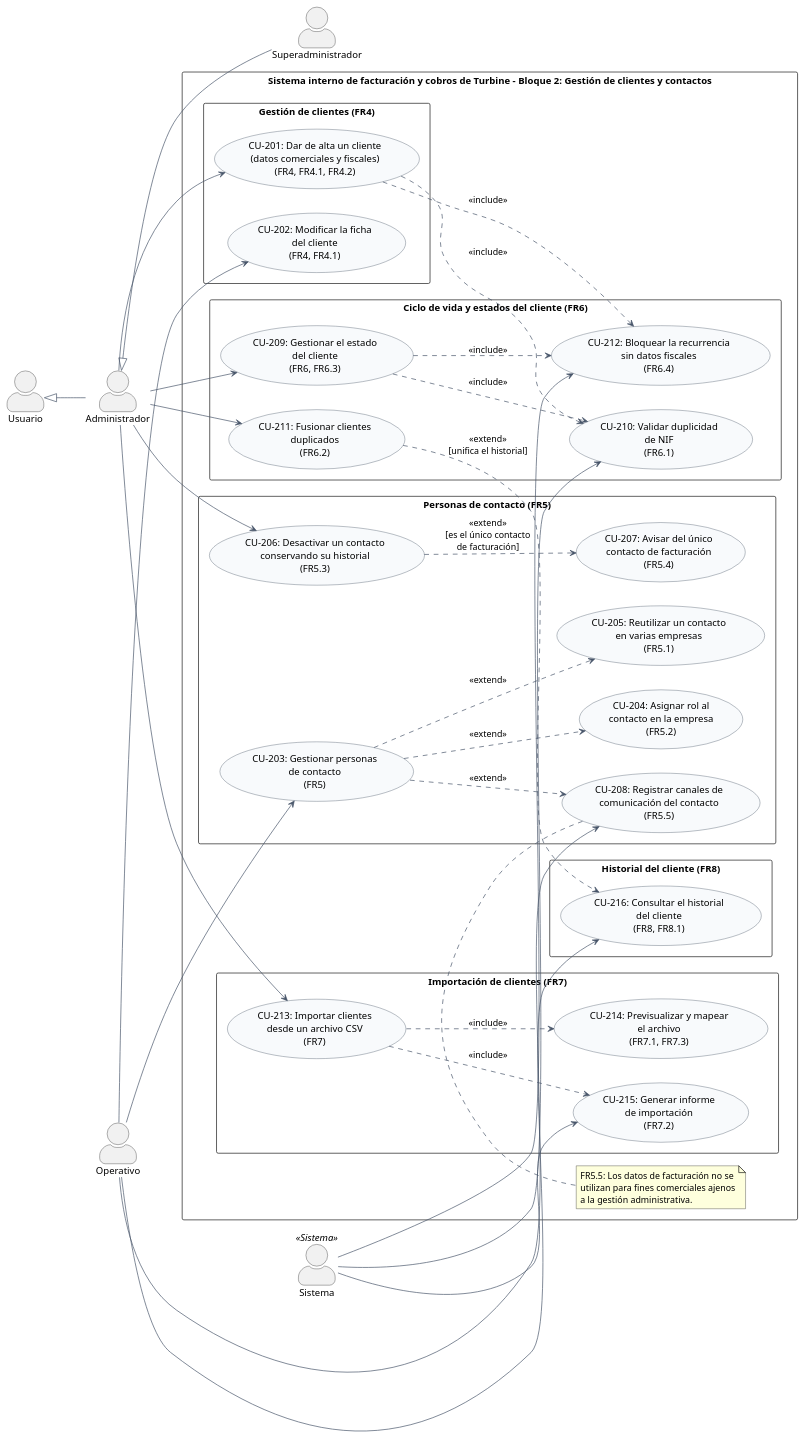
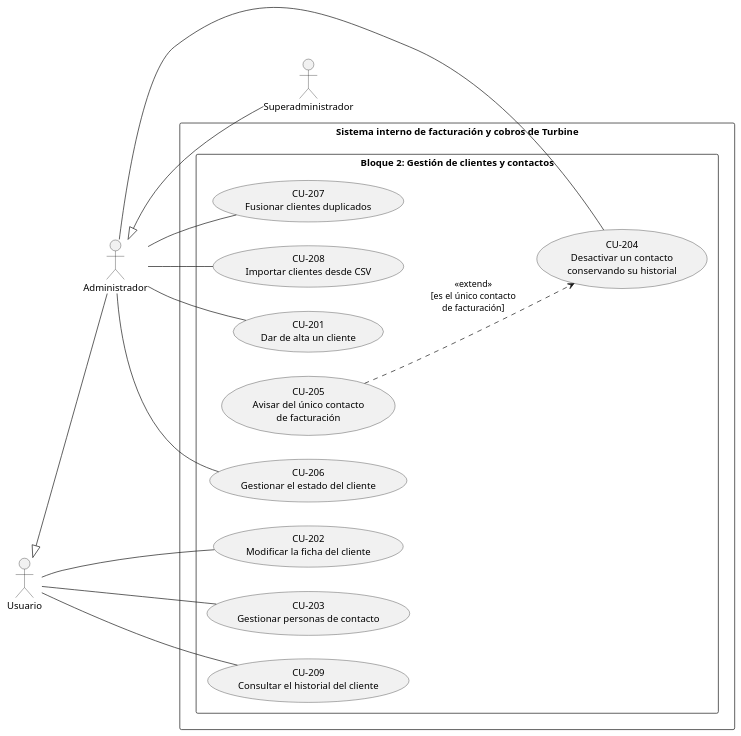
Before and after one commit to Daniii004/Grupo-Leibniz: the diagram in Casos de uso/DiagramaCasos2.puml, drawn with PlantUML. The commit also changed 3 other files, not shown here.

```diff
--- a/Casos de uso/DiagramaCasos2.puml
+++ b/Casos de uso/DiagramaCasos2.puml
@@ -1,97 +1,59 @@
 @startuml
 left to right direction
 skinparam packageStyle rectangle
-skinparam actorStyle awesome
-skinparam usecase {
-    BackgroundColor #F8FAFC
-    BorderColor #334155
-    ArrowColor #475569
-}
 
 ' --- ACTORES ---
-actor "Usuario" as User
+actor "Usuario" as Usuario
 actor "Administrador" as Admin
 actor "Superadministrador" as SuperAdmin
-actor "Sistema" as Sistema <<Sistema>>
 
 ' Herencia de permisos: el administrador puede hacer lo del usuario
 ' y el superadministrador, lo del administrador
-User <|-- Admin
+Usuario <|-- Admin
 Admin <|-- SuperAdmin
 
-rectangle "Sistema interno de facturación y cobros de Turbine - Bloque 2: Gestión de clientes y contactos" {
+rectangle "Sistema interno de facturación y cobros de Turbine" {
 
-    package "Gestión de clientes (FR4)" {
-        usecase "CU-201: Dar de alta un cliente\n(datos comerciales y fiscales)\n(FR4, FR4.1, FR4.2)" as CU201
-        usecase "CU-202: Modificar la ficha\ndel cliente\n(FR4, FR4.1)" as CU202
+    package "Bloque 2: Gestión de clientes y contactos" {
+
+        ' Clientes (FR4)
+        usecase "CU-201\nDar de alta un cliente" as CU201
+        usecase "CU-202\nModificar la ficha del cliente" as CU202
+
+        ' Personas de contacto (FR5)
+        usecase "CU-203\nGestionar personas de contacto" as CU203
+        usecase "CU-204\nDesactivar un contacto\nconservando su historial" as CU204
+        usecase "CU-205\nAvisar del único contacto\nde facturación" as CU205
+
+        ' Ciclo de vida (FR6)
+        usecase "CU-206\nGestionar el estado del cliente" as CU206
+        usecase "CU-207\nFusionar clientes duplicados" as CU207
+
+        ' Importación (FR7)
+        usecase "CU-208\nImportar clientes desde CSV" as CU208
+
+        ' Historial (FR8)
+        usecase "CU-209\nConsultar el historial del cliente" as CU209
     }
+}
 
-    package "Personas de contacto (FR5)" {
-        usecase "CU-203: Gestionar personas\nde contacto\n(FR5)" as CU203
-        usecase "CU-204: Asignar rol al\ncontacto en la empresa\n(FR5.2)" as CU204
-        usecase "CU-205: Reutilizar un contacto\nen varias empresas\n(FR5.1)" as CU205
-        usecase "CU-206: Desactivar un contacto\nconservando su historial\n(FR5.3)" as CU206
-        usecase "CU-207: Avisar del único\ncontacto de facturación\n(FR5.4)" as CU207
-        usecase "CU-208: Registrar canales de\ncomunicación del contacto\n(FR5.5)" as CU208
-    }
+' --- RELACIONES ENTRE CASOS DE USO ---
 
-    package "Ciclo de vida y estados del cliente (FR6)" {
-        usecase "CU-209: Gestionar el estado\ndel cliente\n(FR6, FR6.3)" as CU209
-        usecase "CU-210: Validar duplicidad\nde NIF\n(FR6.1)" as CU210
-        usecase "CU-211: Fusionar clientes\nduplicados\n(FR6.2)" as CU211
-        usecase "CU-212: Bloquear la recurrencia\nsin datos fiscales\n(FR6.4)" as CU212
-    }
-
-    package "Importación de clientes (FR7)" {
-        usecase "CU-213: Importar clientes\ndesde un archivo CSV\n(FR7)" as CU213
-        usecase "CU-214: Previsualizar y mapear\nel archivo\n(FR7.1, FR7.3)" as CU214
-        usecase "CU-215: Generar informe\nde importación\n(FR7.2)" as CU215
-    }
-
-    package "Historial del cliente (FR8)" {
-        usecase "CU-216: Consultar el historial\ndel cliente\n(FR8, FR8.1)" as CU216
-    }
-
-    ' --- RELACIONES ENTRE CASOS DE USO ---
-    CU201 ..> CU210 : <<include>>
-    CU209 ..> CU210 : <<include>>
-    CU201 ..> CU212 : <<include>>
-    CU209 ..> CU212 : <<include>>
-    CU213 ..> CU214 : <<include>>
-    CU213 ..> CU215 : <<include>>
-
-    CU203 ..> CU204 : <<extend>>
-    CU203 ..> CU205 : <<extend>>
-    CU203 ..> CU208 : <<extend>>
-    CU206 ..> CU207 : <<extend>>\n[es el único contacto\nde facturación]
-    CU211 ..> CU216 : <<extend>>\n[unifica el historial]
-
-    ' Restricción de uso de los datos de facturación (FR5.5)
-    note bottom of CU208
-        FR5.5: Los datos de facturación no se
-        utilizan para fines comerciales ajenos
-        a la gestión administrativa.
-    end note
-}
+' Extensiones (la flecha parte del caso que extiende)
+CU205 ..> CU204 : <<extend>>\n[es el único contacto\nde facturación]
 
 ' --- ASOCIACIONES ACTOR - CASO DE USO ---
 
-' Usuario Operativo (sobre sus clientes asignados)
-Operativo --> CU202
-Operativo --> CU203
-Operativo --> CU208
-Operativo --> CU216
+' Usuario (sobre sus clientes asignados)
+Usuario -- CU202
+Usuario -- CU203
+Usuario -- CU209
 
 ' Administrador
-Admin --> CU201
-Admin --> CU206
-Admin --> CU209
-Admin --> CU211
-Admin --> CU213
-
-' Procesos automáticos del sistema
-Sistema --> CU210
-Sistema --> CU212
-Sistema --> CU215
+Admin -- CU201
+Admin -- CU204
+Admin -- CU206
+Admin -- CU207
+Admin -- CU208
 
 @enduml
```
